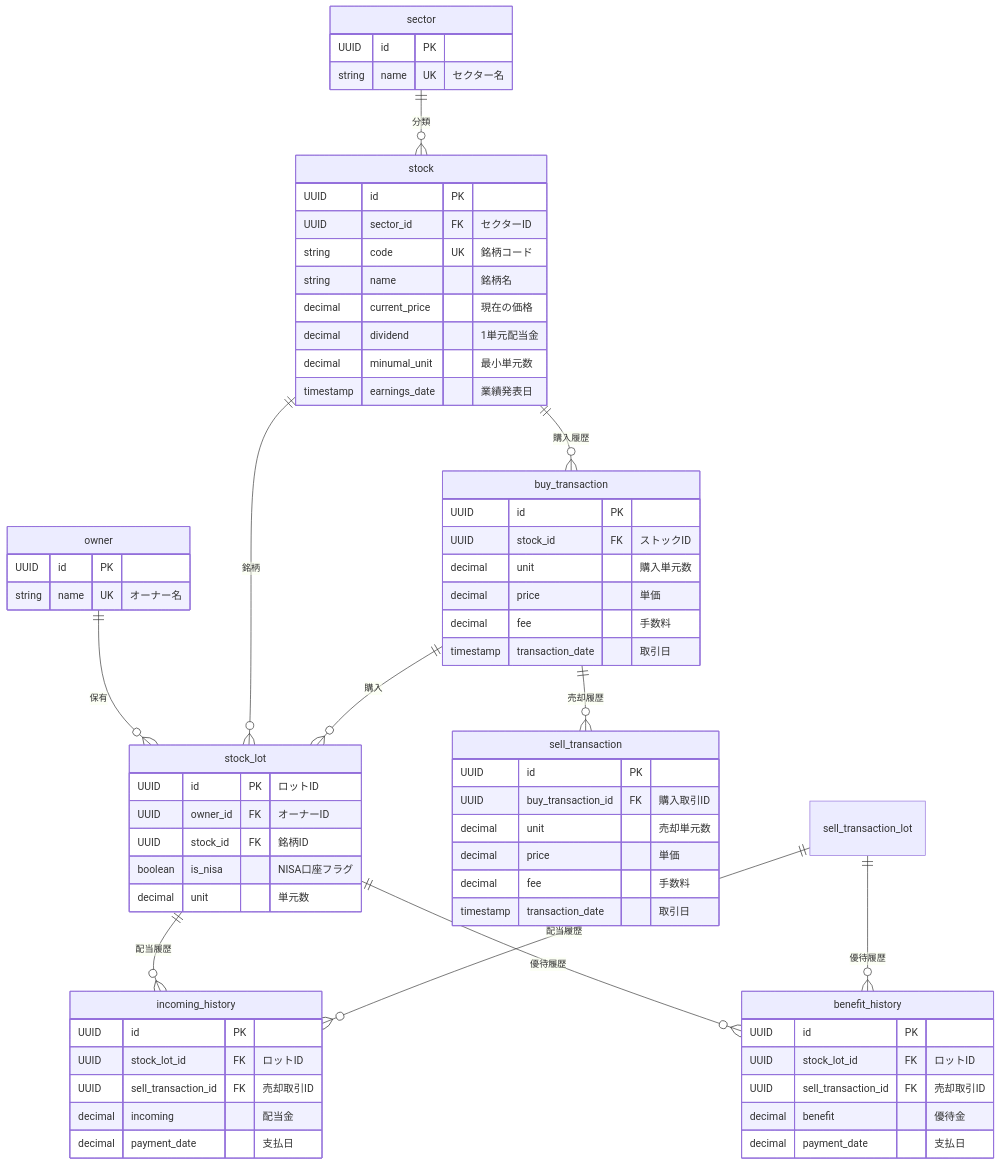
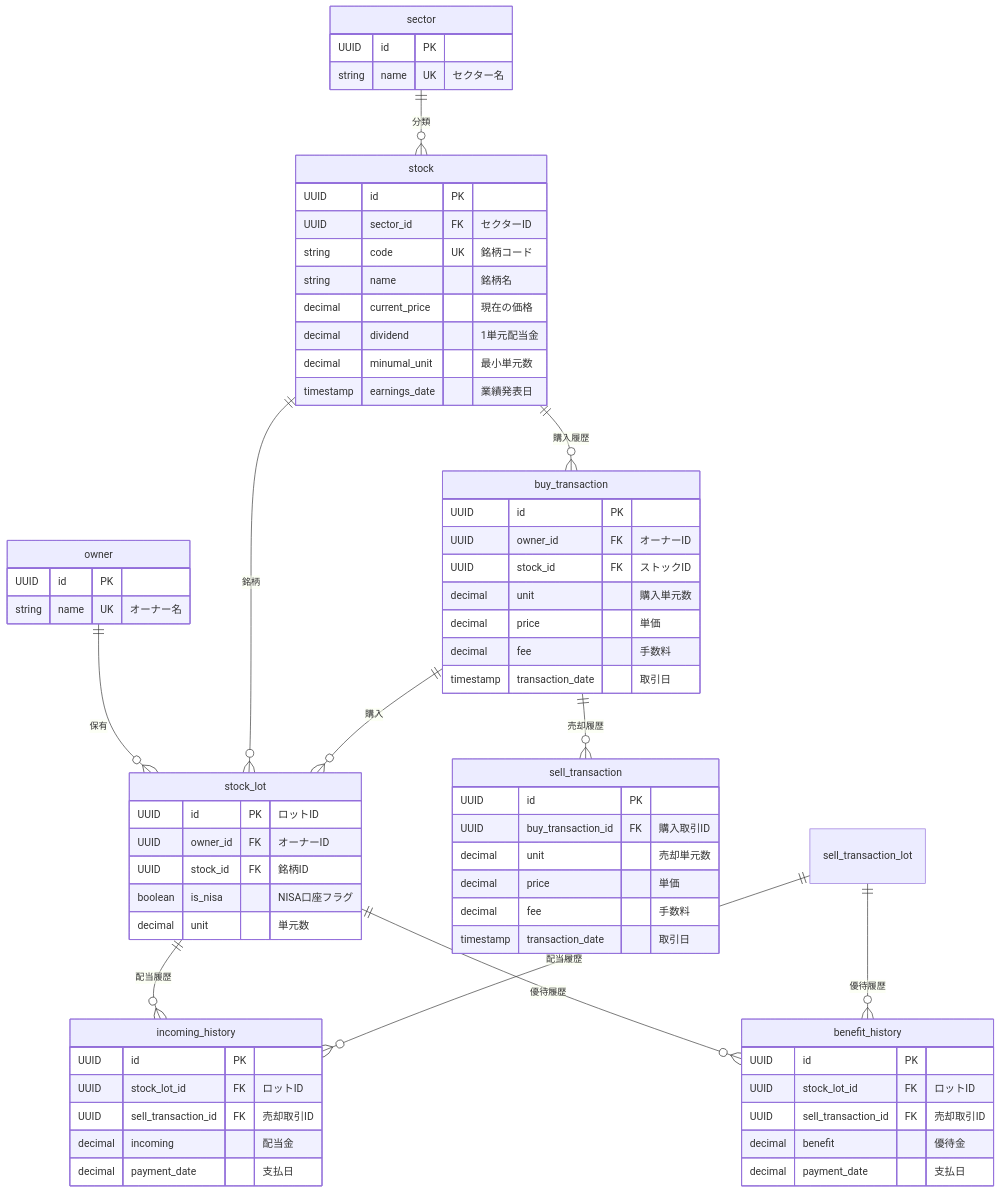
One commit to ijikeman/StockManager changed the diagram in ER.md. Above: the diagram before and after it, drawn with Mermaid. The commit also changed 5 other files, not shown here.

````diff
--- a/ER.md
+++ b/ER.md
@@ -15,75 +15,76 @@
 ```mermaid
 erDiagram
     stock {
         UUID id PK
         UUID sector_id FK "セクターID"
         string code UK "銘柄コード"
         string name "銘柄名"
         decimal current_price "現在の価格"
         decimal dividend "1単元配当金"
         decimal minumal_unit "最小単元数"
         timestamp earnings_date "業績発表日"
     }
     
     stock_lot {
         UUID id PK "ロットID"
         UUID owner_id FK "オーナーID"
         UUID stock_id FK "銘柄ID" 
         boolean is_nisa "NISA口座フラグ"
         decimal unit "単元数"
     }
     
     buy_transaction {
         UUID id PK
+        UUID owner_id FK "オーナーID"
         UUID stock_id FK "ストックID"
         decimal unit "購入単元数"
         decimal price "単価"
         decimal fee "手数料"
         timestamp transaction_date "取引日"
     }
 
     sell_transaction {
         UUID id PK
         UUID buy_transaction_id FK "購入取引ID"
         decimal unit "売却単元数"
         decimal price "単価"
         decimal fee "手数料"
         timestamp transaction_date "取引日"
     }
 
     incoming_history {
         UUID id PK
         UUID stock_lot_id FK "ロットID"
         UUID sell_transaction_id FK "売却取引ID"
         decimal incoming "配当金"
         decimal payment_date "支払日"
     }
 
     benefit_history {
         UUID id PK
         UUID stock_lot_id FK "ロットID"
         UUID sell_transaction_id FK "売却取引ID"
         decimal benefit "優待金"
         decimal payment_date "支払日"
     }
 
     owner {
         UUID id PK
         string name UK "オーナー名"
     }
 
     sector {
         UUID id PK
         string name UK "セクター名"
     }
     owner ||--o{ stock_lot : "保有"
     stock ||--o{ stock_lot : "銘柄"
     stock ||--o{ buy_transaction : "購入履歴"
     stock_lot ||--o{ incoming_history : "配当履歴"
     buy_transaction ||--o{ sell_transaction : "売却履歴"
     sell_transaction_lot ||--o{ incoming_history : "配当履歴"
     stock_lot ||--o{ benefit_history : "優待履歴"
     sell_transaction_lot ||--o{ benefit_history : "優待履歴"
     sector ||--o{ stock : "分類"
     buy_transaction ||--o{ stock_lot : "購入"
 ```
````
